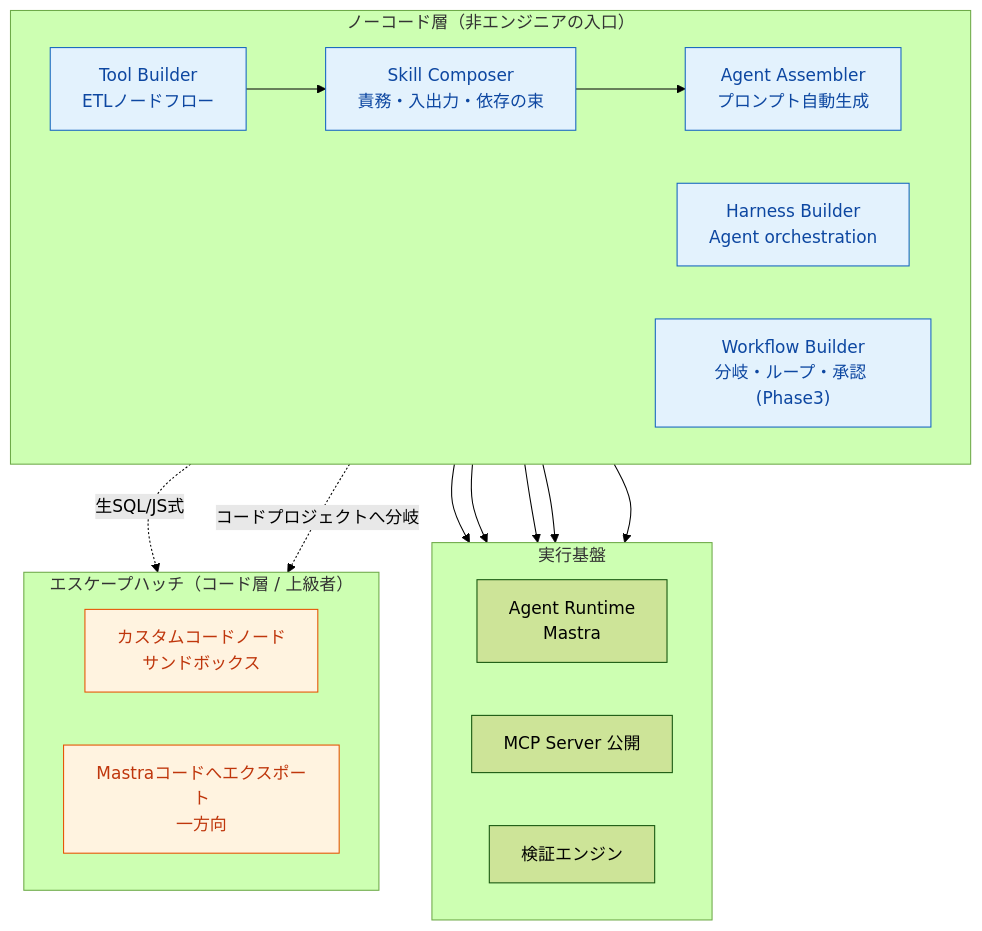
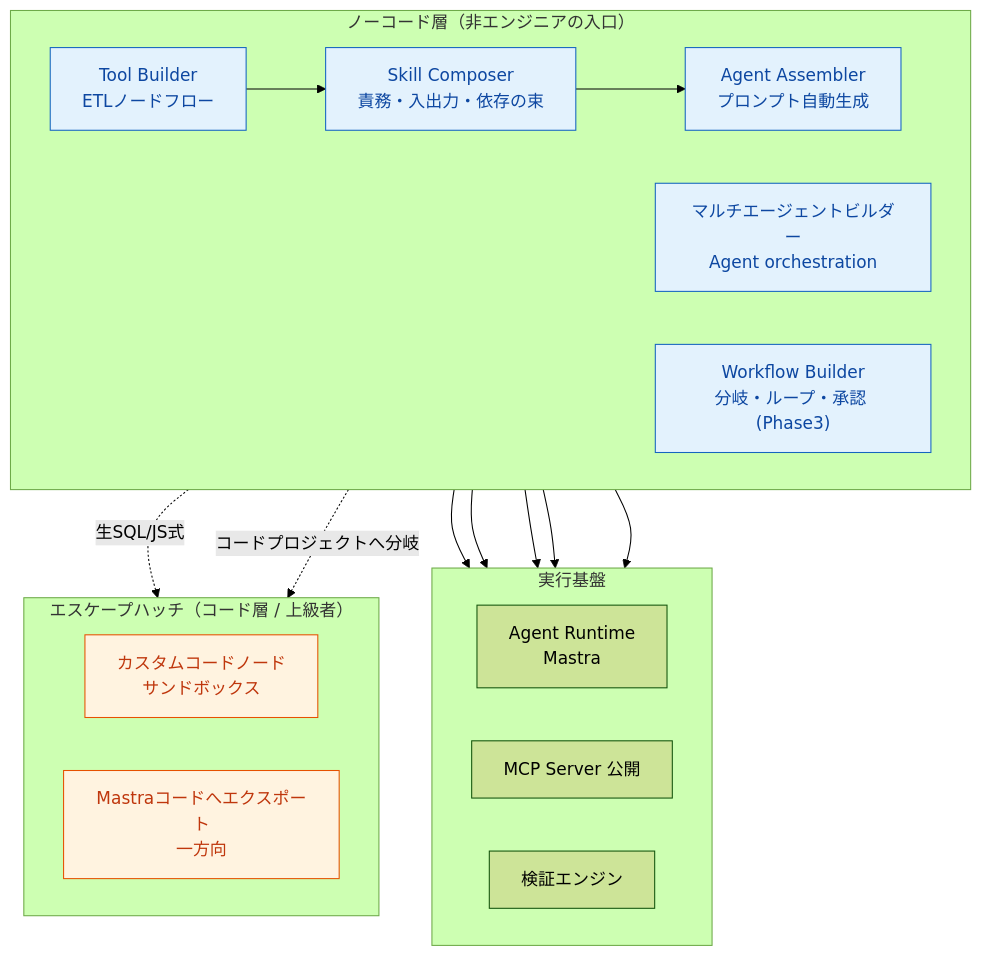
Before and after one commit to yy7613/agentblume: the diagram in docs/README.md, drawn with Mermaid (forest theme). The commit also changed other lines of this file and 12 other files, not shown here.

````diff
--- a/docs/README.md
+++ b/docs/README.md
@@ -45,38 +67,38 @@
 ```mermaid
 flowchart TB
   subgraph NoCode["ノーコード層（非エンジニアの入口）"]
     direction LR
     TB["Tool Builder<br/>ETLノードフロー"]
     SC["Skill Composer<br/>責務・入出力・依存の束"]
     AB["Agent Assembler<br/>プロンプト自動生成"]
-    HB["Harness Builder<br/>Agent orchestration"]
+    HB["マルチエージェントビルダー<br/>Agent orchestration"]
     WB["Workflow Builder<br/>分岐・ループ・承認 (Phase3)"]
   end
 
   subgraph Runtime["実行基盤"]
     direction LR
     RT["Agent Runtime<br/>Mastra"]
     MCPS["MCP Server 公開"]
     VAL["検証エンジン"]
   end
 
   subgraph Escape["エスケープハッチ（コード層 / 上級者）"]
     direction LR
     CN["カスタムコードノード<br/>サンドボックス"]
     EX["Mastraコードへエクスポート<br/>一方向"]
   end
 
   TB --> SC --> AB
   AB --> RT
   HB --> RT
   WB --> RT
   TB --> MCPS
   AB --> VAL
   TB -. 生SQL/JS式 .-> CN
   AB -. コードプロジェクトへ分岐 .-> EX
 
   classDef nocode fill:#e3f2fd,stroke:#1565c0,color:#0d47a1;
   classDef escape fill:#fff3e0,stroke:#e65100,color:#bf360c;
   class TB,SC,AB,HB,WB nocode;
   class CN,EX escape;
 ```
````
